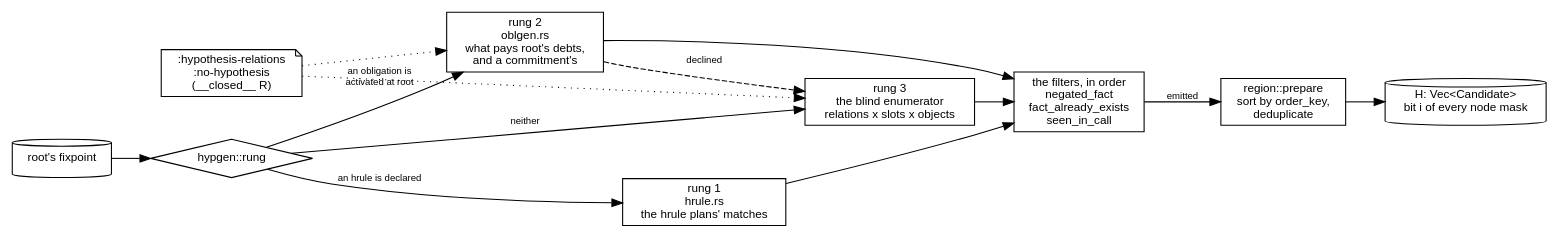
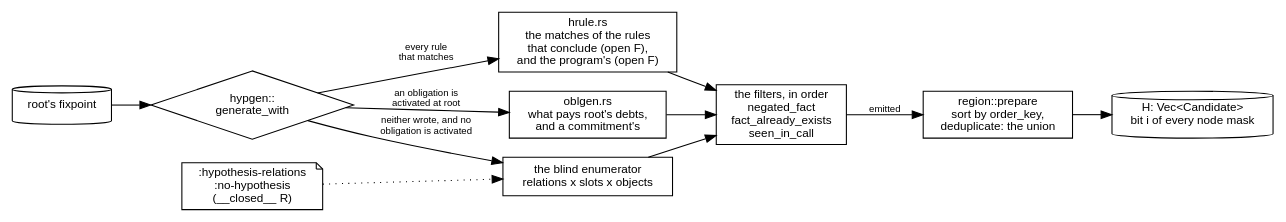
Before and after one commit to agutikov/ein: the diagram in docs/ein/ein.rs/03-design/diagrams/07-hypothesis-order.dot, drawn with Graphviz. The commit also changed 84 other files, not shown here.

Commit message:
The pages, the decisions and AGENTS.md under the rulings Q-M1f.566 to Q-M1f.579: the writers of H in place of the ladder, open facts on every surface, the new sites and the in-flight finding; the rulings filed, the decisions they supersede rewritten in place (S1f.21.12, task 2).

```diff
--- a/docs/ein/ein.rs/03-design/diagrams/07-hypothesis-order.dot
+++ b/docs/ein/ein.rs/03-design/diagrams/07-hypothesis-order.dot
@@ -1,26 +1,24 @@
 digraph h {
   rankdir=LR;
   node [shape=box, fontname="Helvetica", fontsize=11];
   edge [fontname="Helvetica", fontsize=9];
 
   root  [shape=cylinder, label="root's fixpoint"];
-  rung  [shape=diamond, label="hypgen::rung"];
-  r1    [label="rung 1\nhrule.rs\nthe hrule plans' matches"];
-  r2    [label="rung 2\noblgen.rs\nwhat pays root's debts,\nand a commitment's"];
-  r3    [label="rung 3\nthe blind enumerator\nrelations x slots x objects"];
+  gen   [shape=diamond, label="hypgen::\ngenerate_with"];
+  r1    [label="hrule.rs\nthe matches of the rules\nthat conclude (open F),\nand the program's (open F)"];
+  r2    [label="oblgen.rs\nwhat pays root's debts,\nand a commitment's"];
+  r3    [label="the blind enumerator\nrelations x slots x objects"];
   scope [shape=note, label=":hypothesis-relations\n:no-hypothesis\n(__closed__ R)"];
   filt  [label="the filters, in order\nnegated_fact\nfact_already_exists\nseen_in_call"];
-  sort  [label="region::prepare\nsort by order_key,\ndeduplicate"];
+  sort  [label="region::prepare\nsort by order_key,\ndeduplicate: the union"];
   H     [shape=cylinder, label="H: Vec<Candidate>\nbit i of every node mask"];
 
-  root -> rung;
-  rung -> r1 [label="an hrule is declared"];
-  rung -> r2 [label="an obligation is\nactivated at root"];
-  rung -> r3 [label="neither"];
-  r2 -> r3   [style=dashed, label="declined"];
-  scope -> r2 [style=dotted];
+  root -> gen;
+  gen -> r1 [label="every rule\nthat matches"];
+  gen -> r2 [label="an obligation is\nactivated at root"];
+  gen -> r3 [label="neither wrote, and no\nobligation is activated"];
   scope -> r3 [style=dotted];
   r1 -> filt; r2 -> filt; r3 -> filt;
   filt -> sort [label="emitted"];
   sort -> H;
 }
```
